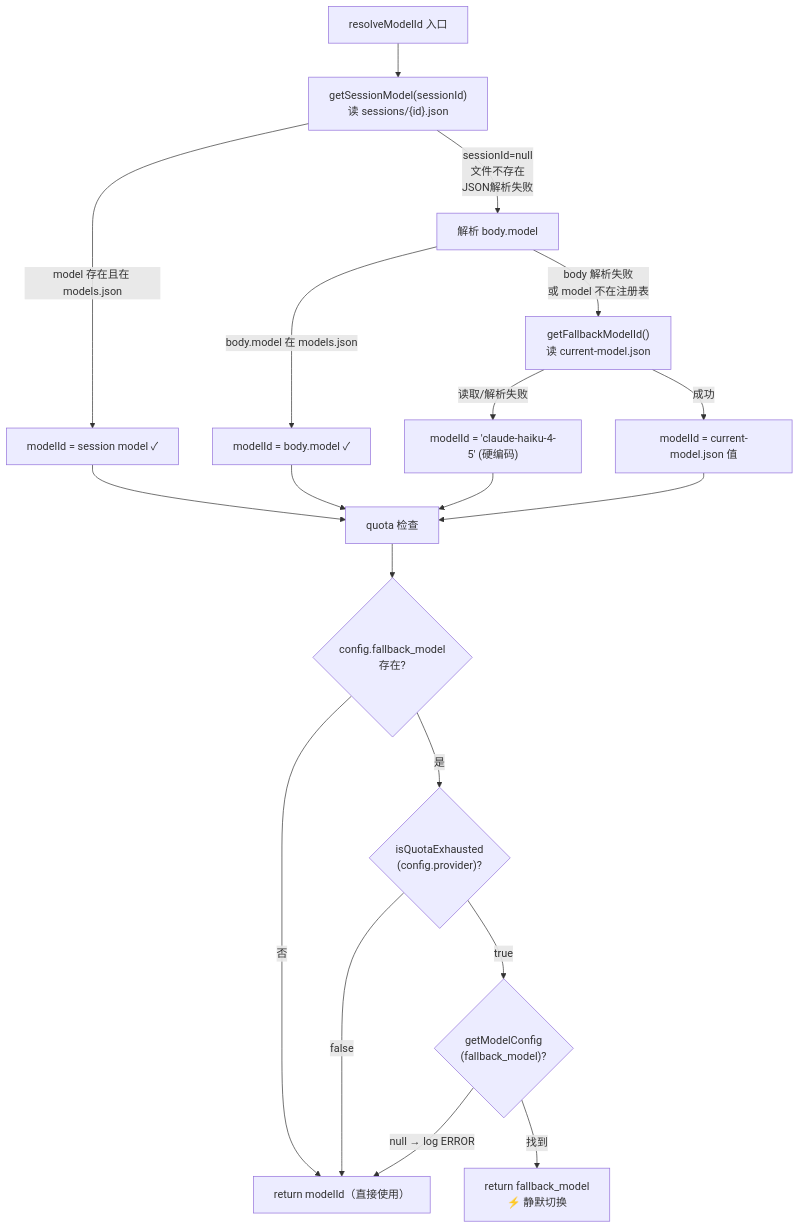
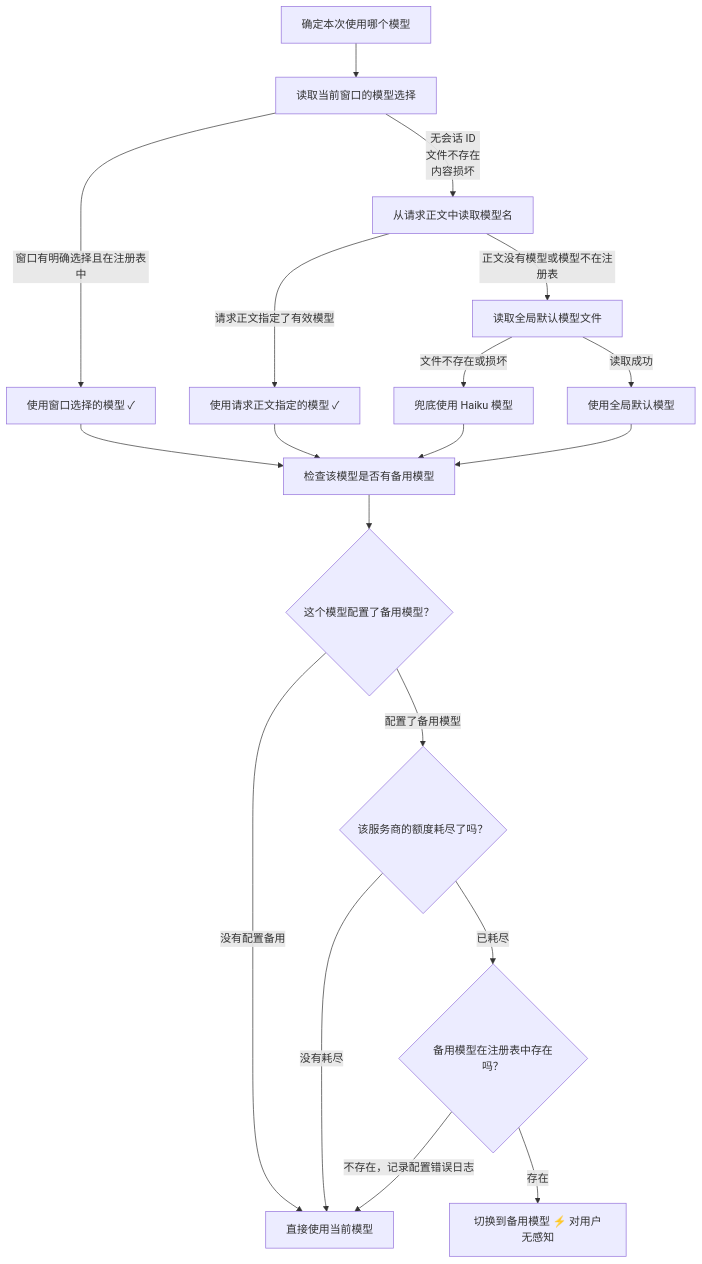
One commit to OscarYi9527/codex_proxy changed the second of 5 diagrams in README.md. Above: the diagram before and after it, drawn with Mermaid. The commit also changed other lines of this file, not shown here.

Commit message:
Rewrite flowcharts in plain Chinese, remove code variables

````diff
--- a/README.md
+++ b/README.md
@@ -30,28 +30,28 @@
 ```mermaid
 flowchart TD
-    R_IN["resolveModelId 入口"] --> GSESS["getSessionModel(sessionId)\n读 sessions/{id}.json"]
+    R_IN[确定本次使用哪个模型] --> GSESS[读取当前窗口的模型选择]
 
-    GSESS -->|"sessionId=null\n文件不存在\nJSON解析失败"| GBODY["解析 body.model"]
-    GSESS -->|"model 存在且在 models.json"| SESS_WIN["modelId = session model ✓"]
+    GSESS -->|无会话 ID\n文件不存在\n内容损坏| GBODY[从请求正文中读取模型名]
+    GSESS -->|窗口有明确选择且在注册表中| SESS_WIN[使用窗口选择的模型 ✓]
 
-    GBODY -->|"body.model 在 models.json"| BODY_WIN["modelId = body.model ✓"]
-    GBODY -->|"body 解析失败\n或 model 不在注册表"| GFB["getFallbackModelId()\n读 current-model.json"]
+    GBODY -->|请求正文指定了有效模型| BODY_WIN[使用请求正文指定的模型 ✓]
+    GBODY -->|正文没有模型或模型不在注册表| GFB[读取全局默认模型文件]
 
-    GFB -->|"读取/解析失败"| HARD["modelId = 'claude-haiku-4-5' (硬编码)"]
-    GFB -->|"成功"| CURR["modelId = current-model.json 值"]
+    GFB -->|文件不存在或损坏| HARD[兜底使用 Haiku 模型]
+    GFB -->|读取成功| CURR[使用全局默认模型]
 
-    SESS_WIN --> QC["quota 检查"]
+    SESS_WIN --> QC[检查该模型是否有备用模型]
     BODY_WIN --> QC
     HARD      --> QC
     CURR      --> QC
 
-    QC --> HAS_FB{"config.fallback_model\n存在?"}
-    HAS_FB -->|否| USE_ID["return modelId（直接使用）"]
-    HAS_FB -->|是| EXHAUSTED{"isQuotaExhausted\n(config.provider)?"}
+    QC --> HAS_FB{这个模型配置了备用模型？}
+    HAS_FB -->|没有配置备用| USE_ID[直接使用当前模型]
+    HAS_FB -->|配置了备用模型| EXHAUSTED{该服务商的额度耗尽了吗？}
 
-    EXHAUSTED -->|false| USE_ID
-    EXHAUSTED -->|true| FB_VALID{"getModelConfig\n(fallback_model)?"}
+    EXHAUSTED -->|没有耗尽| USE_ID
+    EXHAUSTED -->|已耗尽| FB_VALID{备用模型在注册表中存在吗？}
 
-    FB_VALID -->|"null → log ERROR"| USE_ID
-    FB_VALID -->|"找到"| USE_FB["return fallback_model\n⚡ 静默切换"]
+    FB_VALID -->|不存在，记录配置错误日志| USE_ID
+    FB_VALID -->|存在| USE_FB[切换到备用模型 ⚡ 对用户无感知]
 ```
````
